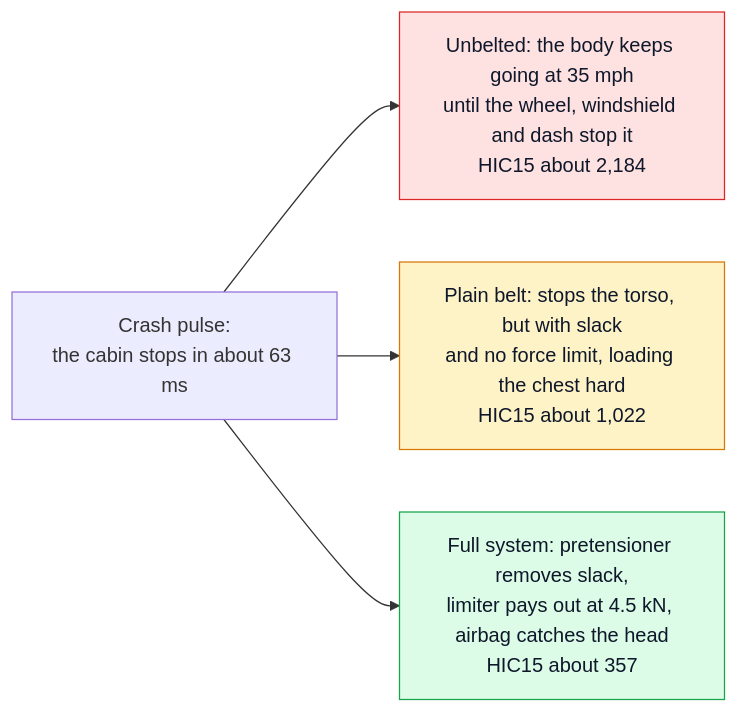
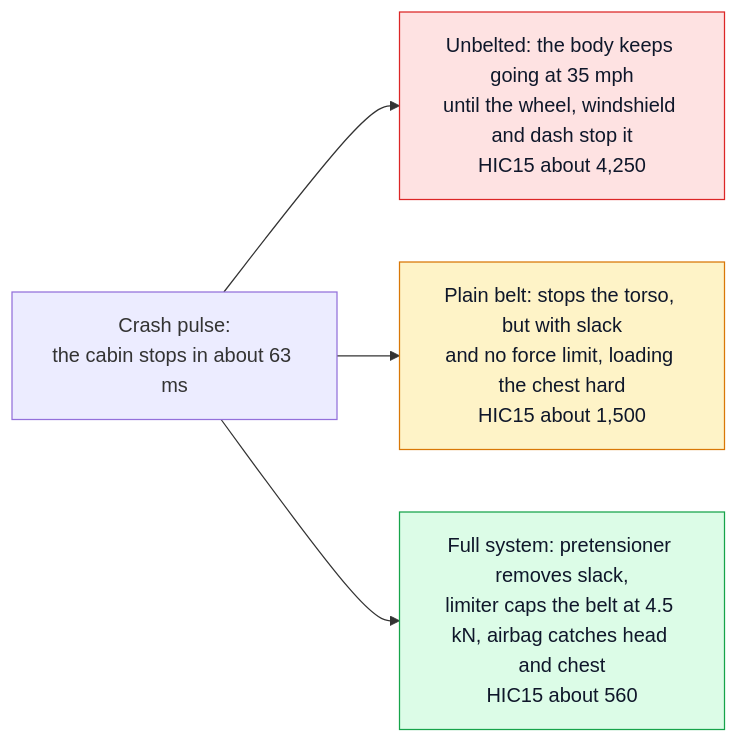
Before and after one commit to jayrosen-design/car-crash-simulation: diagram 17 of 20 in README.md, drawn with Mermaid. The commit also changed other lines of this file and 18 other files, not shown here.

````diff
--- a/README.md
+++ b/README.md
@@ -1220,13 +1290,13 @@
 ```mermaid
 flowchart LR
   classDef bad fill:#fee2e2,stroke:#dc2626,color:#0f172a
   classDef mid fill:#fef3c7,stroke:#d97706,color:#0f172a
   classDef good fill:#dcfce7,stroke:#16a34a,color:#0f172a
   P["Crash pulse:<br/>the cabin stops in about 63 ms"]
-  P --> U["Unbelted: the body keeps going at 35 mph<br/>until the wheel, windshield and dash stop it<br/>HIC15 about 2,184"]
-  P --> B["Plain belt: stops the torso, but with slack<br/>and no force limit, loading the chest hard<br/>HIC15 about 1,022"]
-  P --> F["Full system: pretensioner removes slack,<br/>limiter pays out at 4.5 kN, airbag catches the head<br/>HIC15 about 357"]
+  P --> U["Unbelted: the body keeps going at 35 mph<br/>until the wheel, windshield and dash stop it<br/>HIC15 about 4,250"]
+  P --> B["Plain belt: stops the torso, but with slack<br/>and no force limit, loading the chest hard<br/>HIC15 about 1,500"]
+  P --> F["Full system: pretensioner removes slack,<br/>limiter caps the belt at 4.5 kN, airbag catches head and chest<br/>HIC15 about 560"]
   class U bad
   class B mid
   class F good
 ```
````
